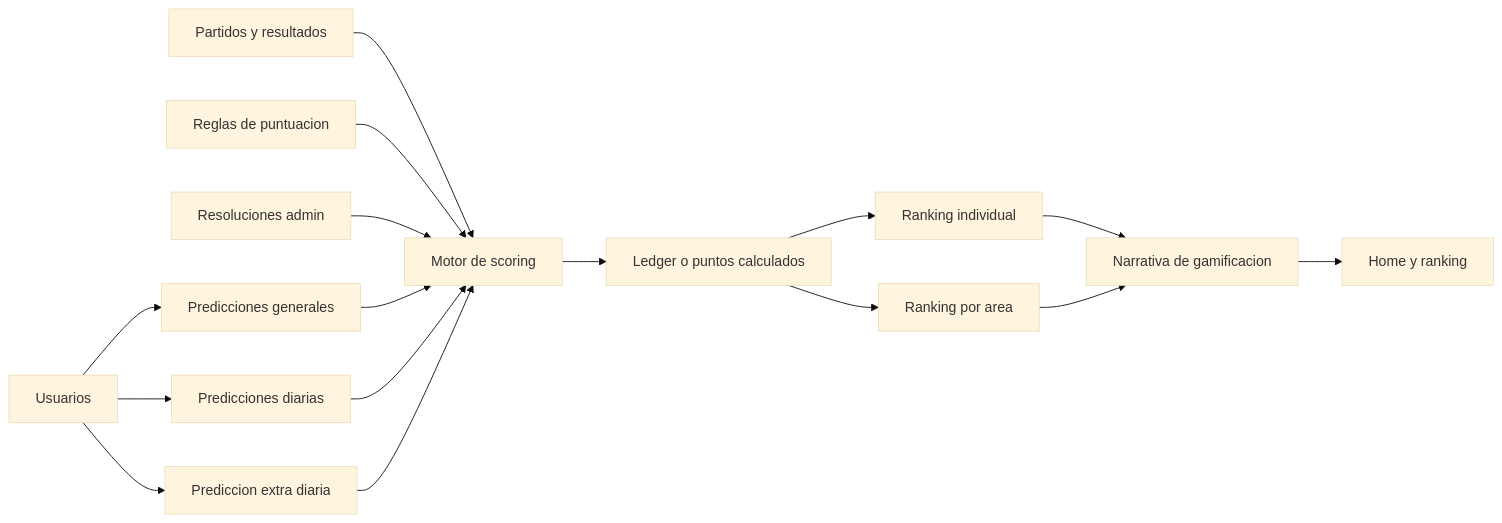
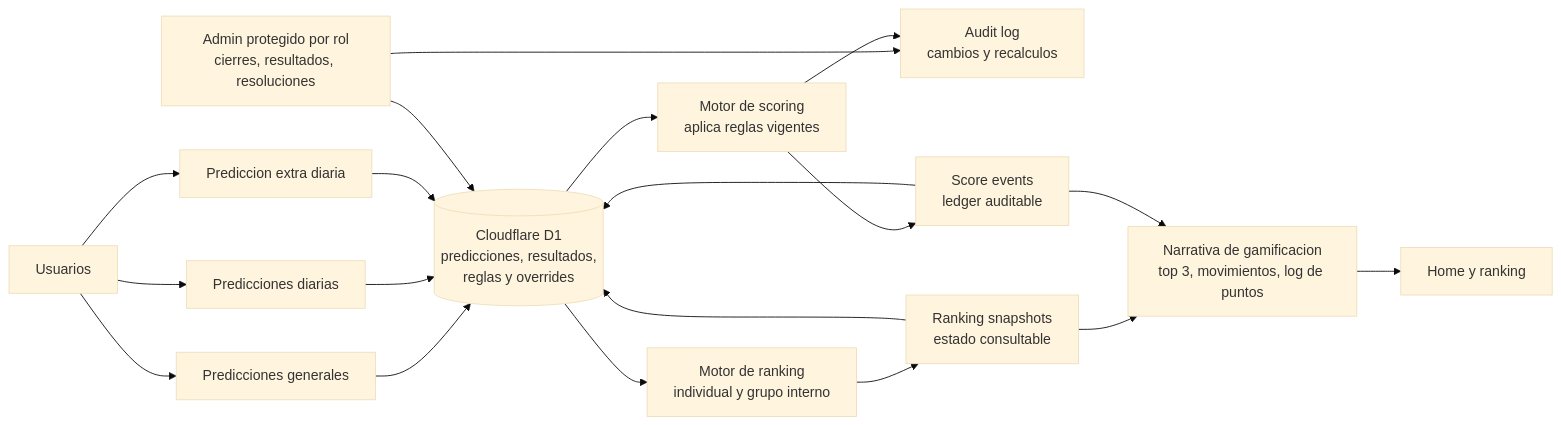
Before and after one commit to C3SC0-V4113/ara-world-cup-context-hub: the diagram in docs/diagrams/scoring-ranking-flow.md, drawn with Mermaid (base theme). The commit also changed 4 other files, not shown here.

Commit message:
mermaids repaired

````diff
--- a/docs/diagrams/scoring-ranking-flow.md
+++ b/docs/diagrams/scoring-ranking-flow.md
@@ -3,20 +3,32 @@
 ```mermaid
 flowchart LR
-  U["Usuarios"] --> GP["Predicciones generales"]
-  U --> DP["Predicciones diarias"]
-  U --> EX["Prediccion extra diaria"]
+  users["Usuarios"] --> generalPredictions["Predicciones generales"]
+  users --> dailyPredictions["Predicciones diarias"]
+  users --> extraPredictions["Prediccion extra diaria"]
 
-  T["Partidos y resultados"] --> S["Motor de scoring"]
-  R["Reglas de puntuacion"] --> S
-  A["Resoluciones admin"] --> S
-  GP --> S
-  DP --> S
-  EX --> S
+  d1Store[("Cloudflare D1<br/>predicciones, resultados,<br/>reglas y overrides")]
+  adminOps["Admin protegido por rol<br/>cierres, resultados, resoluciones"]
+  auditLog["Audit log<br/>cambios y recalculos"]
+  scoringEngine["Motor de scoring<br/>aplica reglas vigentes"]
+  scoreEvents["Score events<br/>ledger auditable"]
+  rankingEngine["Motor de ranking<br/>individual y grupo interno"]
+  rankingSnapshots["Ranking snapshots<br/>estado consultable"]
+  gamification["Narrativa de gamificacion<br/>top 3, movimientos, log de puntos"]
+  views["Home y ranking"]
 
-  S --> L["Ledger o puntos calculados"]
-  L --> RI["Ranking individual"]
-  L --> RA["Ranking por area"]
-  RI --> G["Narrativa de gamificacion"]
-  RA --> G
-  G --> H["Home y ranking"]
+  generalPredictions --> d1Store
+  dailyPredictions --> d1Store
+  extraPredictions --> d1Store
+  adminOps --> d1Store
+  adminOps --> auditLog
+  d1Store --> scoringEngine
+  scoringEngine --> scoreEvents
+  scoreEvents --> d1Store
+  scoringEngine --> auditLog
+  d1Store --> rankingEngine
+  rankingEngine --> rankingSnapshots
+  rankingSnapshots --> d1Store
+  rankingSnapshots --> gamification
+  scoreEvents --> gamification
+  gamification --> views
 ```
````
